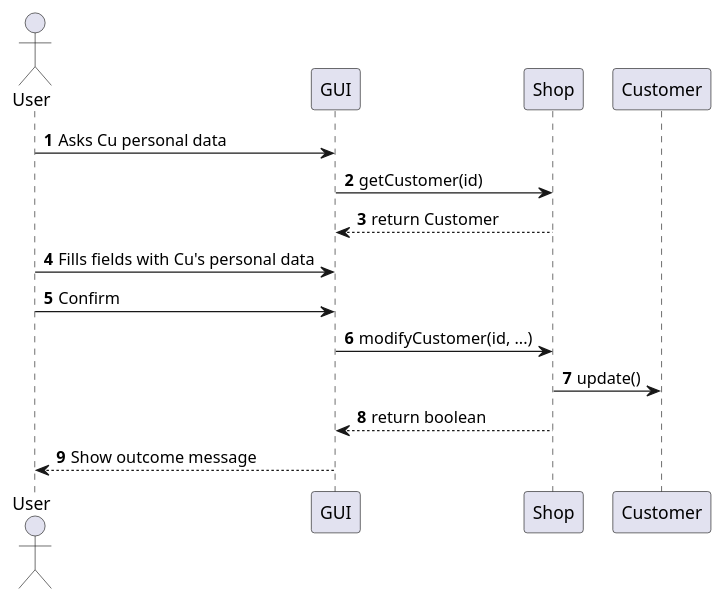
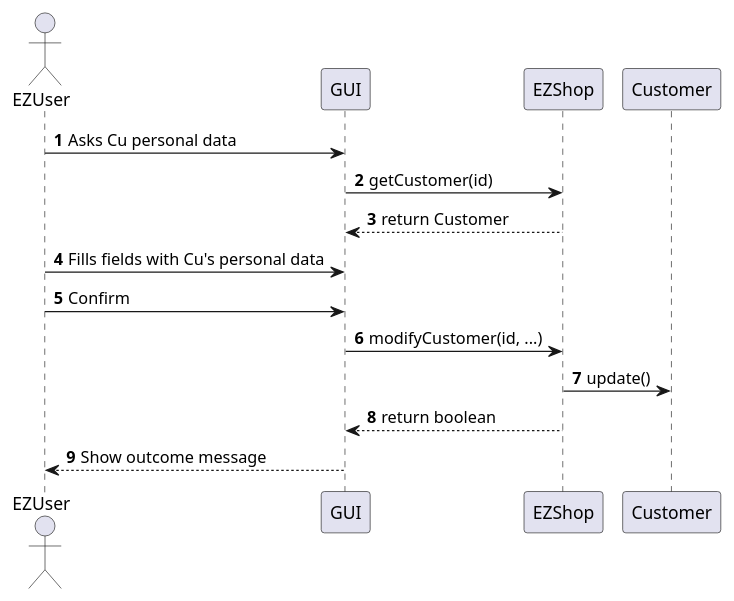
Before and after one commit to Stormz4/group20-EzShop: diagram 12 of 24 in Deliverables/DesignDocument.md, drawn with PlantUML. The commit also changed other lines of this file and 3 other files, not shown here.

````diff
--- a/Deliverables/DesignDocument.md
+++ b/Deliverables/DesignDocument.md
@@ -546,15 +543,15 @@
 ```plantuml
 @startuml
-Actor User
+Actor EZUser
 autonumber
-User -> GUI: Asks Cu personal data
-GUI -> Shop: getCustomer(id)
-Shop --> GUI: return Customer
-User -> GUI: Fills fields with Cu's personal data
-User -> GUI: Confirm
-GUI -> Shop: modifyCustomer(id, ...)
-Shop -> Customer: update()
-Shop --> GUI: return boolean
-GUI --> User: Show outcome message
+EZUser -> GUI: Asks Cu personal data
+GUI -> EZShop: getCustomer(id)
+EZShop --> GUI: return Customer
+EZUser -> GUI: Fills fields with Cu's personal data
+EZUser -> GUI: Confirm
+GUI -> EZShop: modifyCustomer(id, ...)
+EZShop -> Customer: update()
+EZShop --> GUI: return boolean
+GUI --> EZUser: Show outcome message
 @enduml
 ```
````
